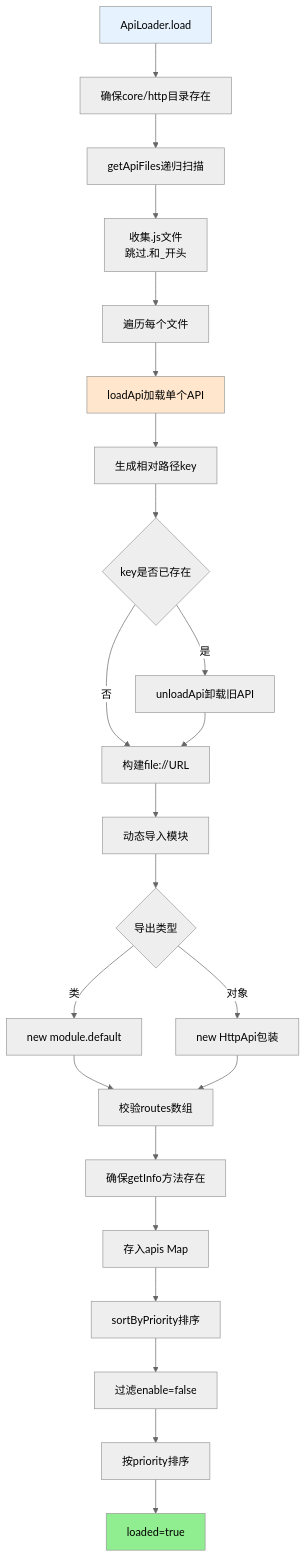
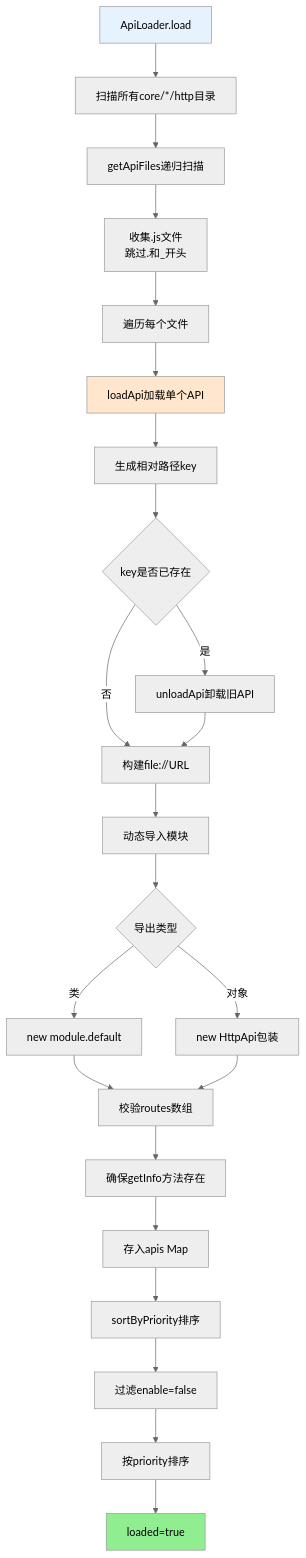
One commit to sunflowermm/XRK-AGT changed the first of 4 diagrams in docs/api-loader.md. Above: the diagram before and after it, drawn with Mermaid (neutral theme). The commit also changed other lines of this file and 116 other files, not shown here.

````diff
--- a/docs/api-loader.md
+++ b/docs/api-loader.md
@@ -36,29 +36,29 @@
 ```mermaid
 flowchart TB
-    A["ApiLoader.load"] --> B["确保core/http目录存在"]
+    A["ApiLoader.load"] --> B["扫描所有core/*/http目录"]
     B --> C["getApiFiles递归扫描"]
     C --> D["收集.js文件<br/>跳过.和_开头"]
     D --> E["遍历每个文件"]
     E --> F["loadApi加载单个API"]
     F --> G["生成相对路径key"]
     G --> H{"key是否已存在"}
     H -->|是| I["unloadApi卸载旧API"]
     H -->|否| J["构建file://URL"]
     I --> J
     J --> K["动态导入模块"]
     K --> L{"导出类型"}
     L -->|类| M["new module.default"]
     L -->|对象| N["new HttpApi包装"]
     M --> O["校验routes数组"]
     N --> O
     O --> P["确保getInfo方法存在"]
     P --> Q["存入apis Map"]
     Q --> R["sortByPriority排序"]
     R --> S["过滤enable=false"]
     S --> T["按priority排序"]
     T --> U["loaded=true"]
     
     style A fill:#E6F3FF
     style F fill:#FFE6CC
     style U fill:#90EE90
 ```
````
